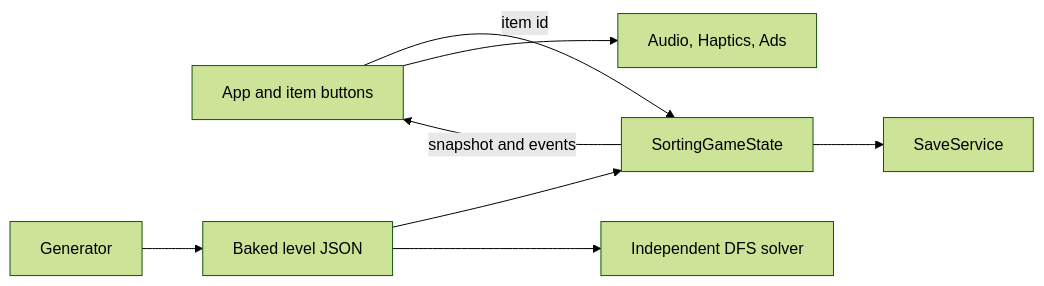
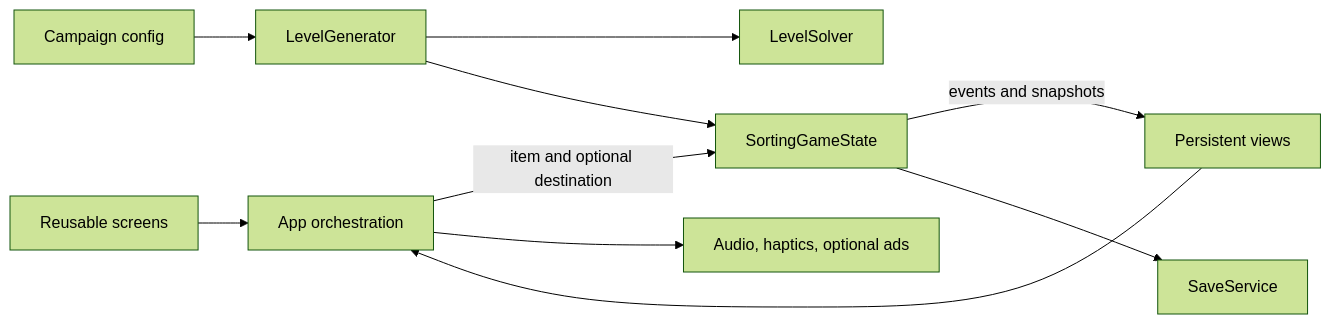
Before and after one commit to oleksandrhoianggwp/testBlockGame1: the diagram in docs/ARCHITECTURE.md, drawn with Mermaid (forest theme). The commit also changed other lines of this file and 287 other files, not shown here.

````diff
--- a/docs/ARCHITECTURE.md
+++ b/docs/ARCHITECTURE.md
@@ -7,10 +5,12 @@
 ```mermaid
 flowchart LR
-  UI[App and item buttons] -->|item id| Domain[SortingGameState]
-  Domain -->|snapshot and events| UI
-  Generator --> JSON[Baked level JSON]
-  JSON --> Domain
-  JSON --> Solver[Independent DFS solver]
-  Domain --> Save[SaveService]
-  UI --> Services[Audio, Haptics, Ads]
+  Screens[Reusable screens] --> Main[App orchestration]
+  Components[Persistent views] --> Main
+  Main -->|item and optional destination| State[SortingGameState]
+  State -->|events and snapshots| Components
+  Config[Campaign config] --> Generator[LevelGenerator]
+  Generator --> Solver[LevelSolver]
+  Generator --> State
+  State --> Save[SaveService]
+  Main --> Services[Audio, haptics, optional ads]
 ```
````
